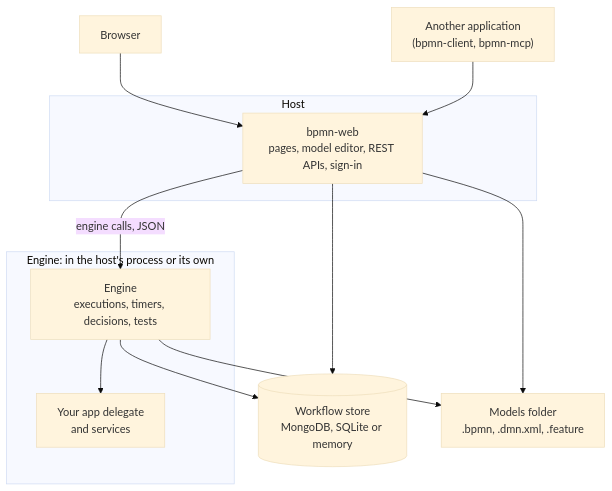
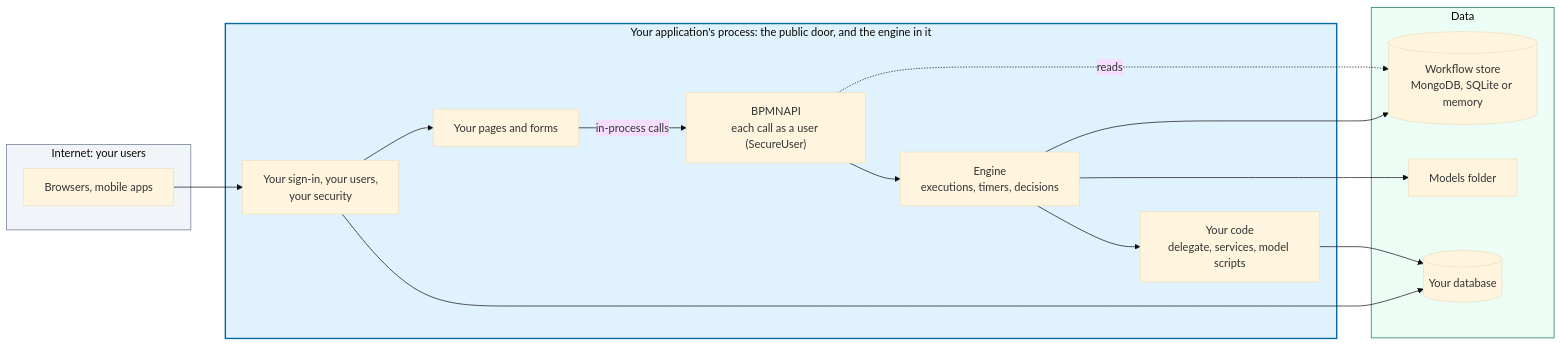
One commit to bpmnServer/bpmn-server changed the third of 3 diagrams in docs/docs/architecture.md. Above: the diagram before and after it, drawn with Mermaid (base theme). The commit also changed other lines of this file and 8 other files, not shown here.

First line of the commit message:
docs: the architecture's isolation, the replaceable pages, and your application in control

````diff
--- a/docs/docs/architecture.md
+++ b/docs/docs/architecture.md
@@ -5,22 +221,38 @@
 ```mermaid
-flowchart TB
-  Browser["Browser"] --> Host
-  Client["Another application<br/>(bpmn-client, bpmn-mcp)"] --> Host
-
-  subgraph HostProcess["Host"]
-    Host["bpmn-web<br/>pages, model editor, REST APIs, sign-in"]
+flowchart LR
+  subgraph Internet["Internet: your users"]
+    People["Browsers, mobile apps"]
   end
 
-  Host -- "engine calls, JSON" --> Engine
-
-  subgraph EngineProcess["Engine: in the host's process or its own"]
-    Engine["Engine<br/>executions, timers, decisions, tests"]
-    Delegate["Your app delegate<br/>and services"]
-    Engine --> Delegate
+  subgraph AppZone["Your application's process: the public door, and the engine in it"]
+    AppGuard["Your sign-in, your users,<br/>your security"]
+    AppPages["Your pages and forms"]
+    API["BPMNAPI<br/>each call as a user (SecureUser)"]
+    Engine["Engine<br/>executions, timers, decisions"]
+    Code["Your code<br/>delegate, services, model scripts"]
+    AppGuard --> AppPages
+    AppPages -- "in-process calls" --> API
+    API --> Engine
+    Engine --> Code
   end
 
-  Host --> Store[("Workflow store<br/>MongoDB, SQLite or memory")]
-  Host --> Models["Models folder<br/>.bpmn, .dmn.xml, .feature"]
+  subgraph DataZone["Data"]
+    Store[("Workflow store<br/>MongoDB, SQLite or memory")]
+    Models["Models folder"]
+    AppDb[("Your database")]
+  end
+
+  People --> AppGuard
+  API -. "reads" .-> Store
   Engine --> Store
   Engine --> Models
+  Code --> AppDb
+  AppGuard --> AppDb
+
+  classDef outside fill:#f1f5f9,stroke:#64748b,stroke-width:1px
+  classDef data fill:#ecfdf5,stroke:#047857,stroke-width:1px
+  classDef public fill:#e0f2fe,stroke:#0369a1,stroke-width:2px
+  class Internet outside
+  class AppZone public
+  class DataZone data
 ```
````
